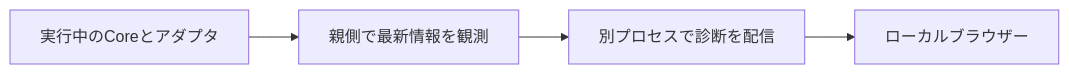
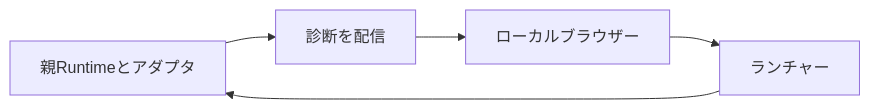
One commit to Tao-pyth/nymph-toolkit changed diagram 25 of 25 in docs/customer-guide.md. Above: the diagram before and after it, drawn with Mermaid. The commit also changed other lines of this file and 25 other files, not shown here.

````diff
--- a/docs/customer-guide.md
+++ b/docs/customer-guide.md
@@ -905,6 +905,7 @@
 ```mermaid
 flowchart LR
-  A["実行中のCoreとアダプタ"] --> B["親側で最新情報を観測"]
-  B --> C["別プロセスで診断を配信"]
-  C --> D["ローカルブラウザー"]
+  A["親Runtimeとアダプタ"] --> B["診断を配信"]
+  B --> C["ローカルブラウザー"]
+  C --> D["ランチャー"]
+  D --> A
 ```
````
